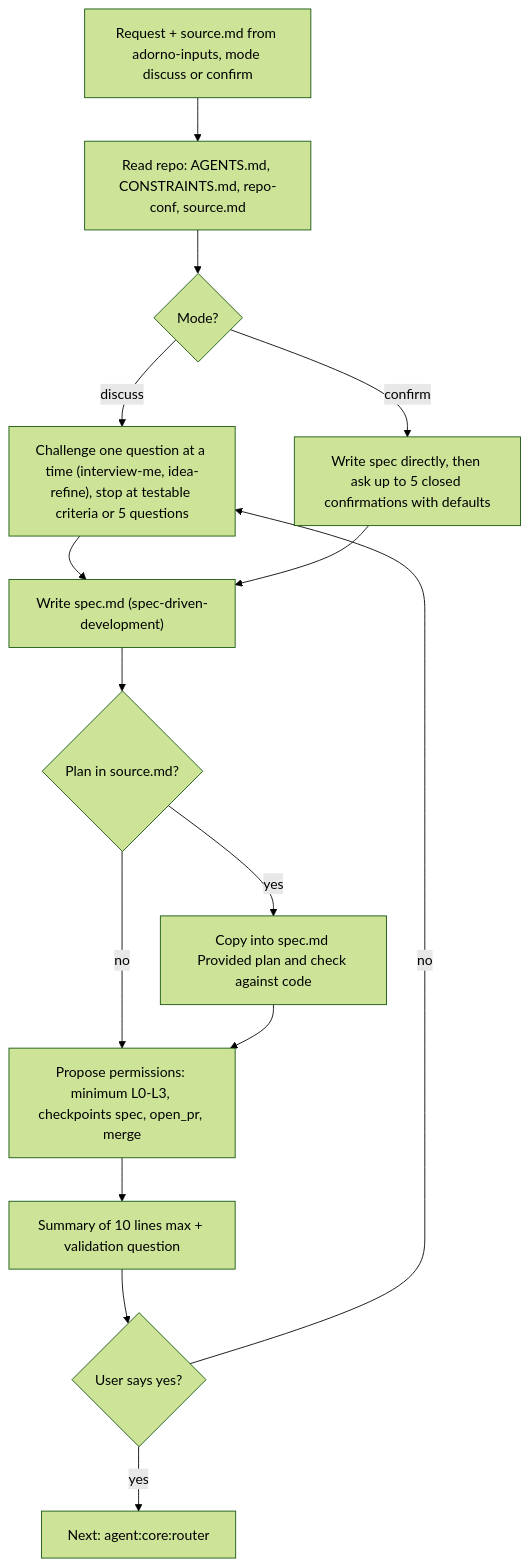
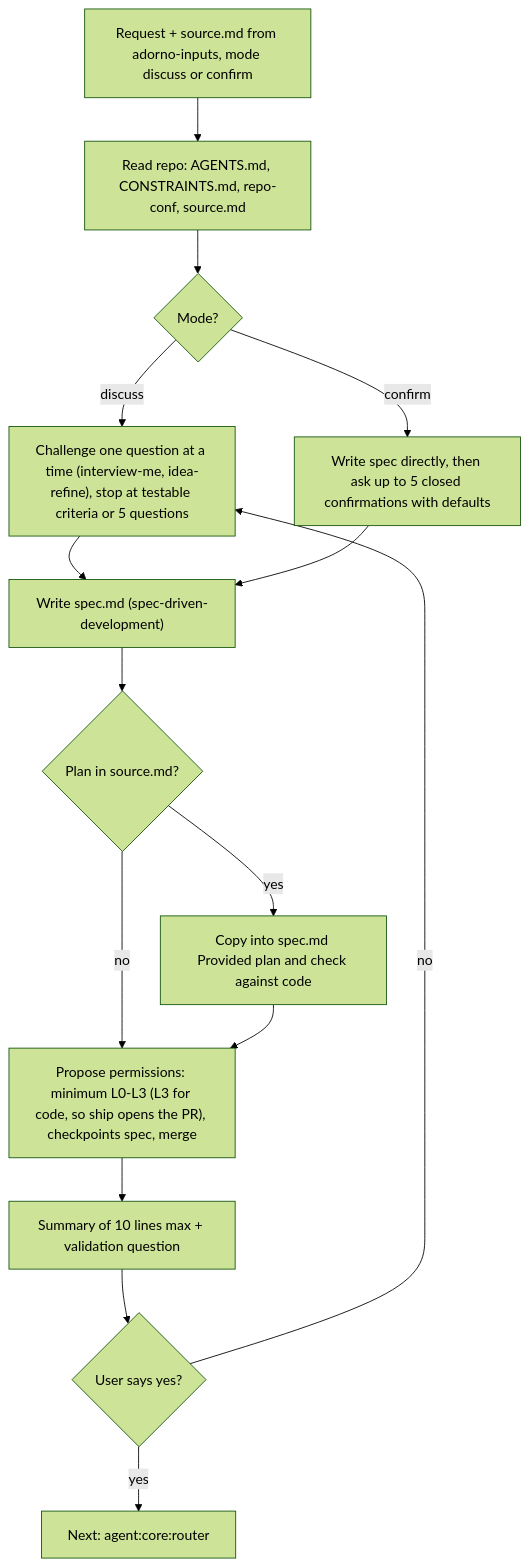
One commit to nicolasmondain/adorno changed the second of 5 diagrams in src/agents/core/SCHEMA.md. Above: the diagram before and after it, drawn with Mermaid (forest theme). The commit also changed 86 other files, not shown here.

````diff
--- a/src/agents/core/SCHEMA.md
+++ b/src/agents/core/SCHEMA.md
@@ -25,17 +25,17 @@
 ```mermaid
 flowchart TD
   A["Request + source.md from adorno-inputs, mode discuss or confirm"] --> B["Read repo: AGENTS.md, CONSTRAINTS.md, repo-conf, source.md"]
   B --> C{"Mode?"}
   C -->|"discuss"| D["Challenge one question at a time (interview-me, idea-refine), stop at testable criteria or 5 questions"]
   C -->|"confirm"| E["Write spec directly, then ask up to 5 closed confirmations with defaults"]
   D --> F["Write spec.md (spec-driven-development)"]
   E --> F
   F --> G{"Plan in source.md?"}
   G -->|"yes"| H["Copy into spec.md Provided plan and check against code"]
-  G -->|"no"| I["Propose permissions: minimum L0-L3, checkpoints spec, open_pr, merge"]
+  G -->|"no"| I["Propose permissions: minimum L0-L3 (L3 for code, so ship opens the PR), checkpoints spec, merge"]
   H --> I
   I --> J["Summary of 10 lines max + validation question"]
   J --> K{"User says yes?"}
   K -->|"yes"| L["Next: agent:core:router"]
   K -->|"no"| D
 ```
````
